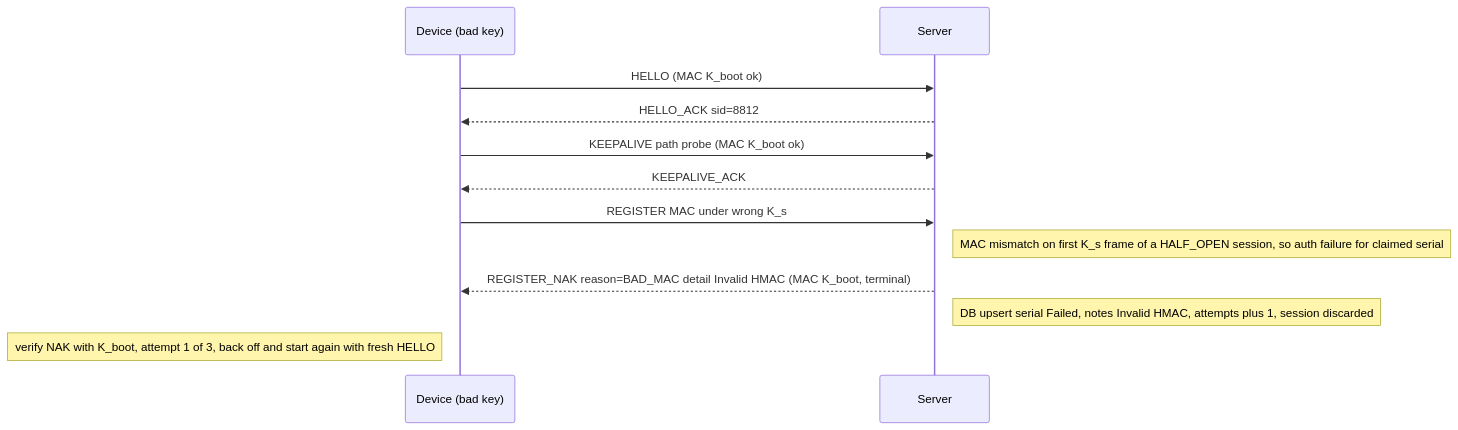
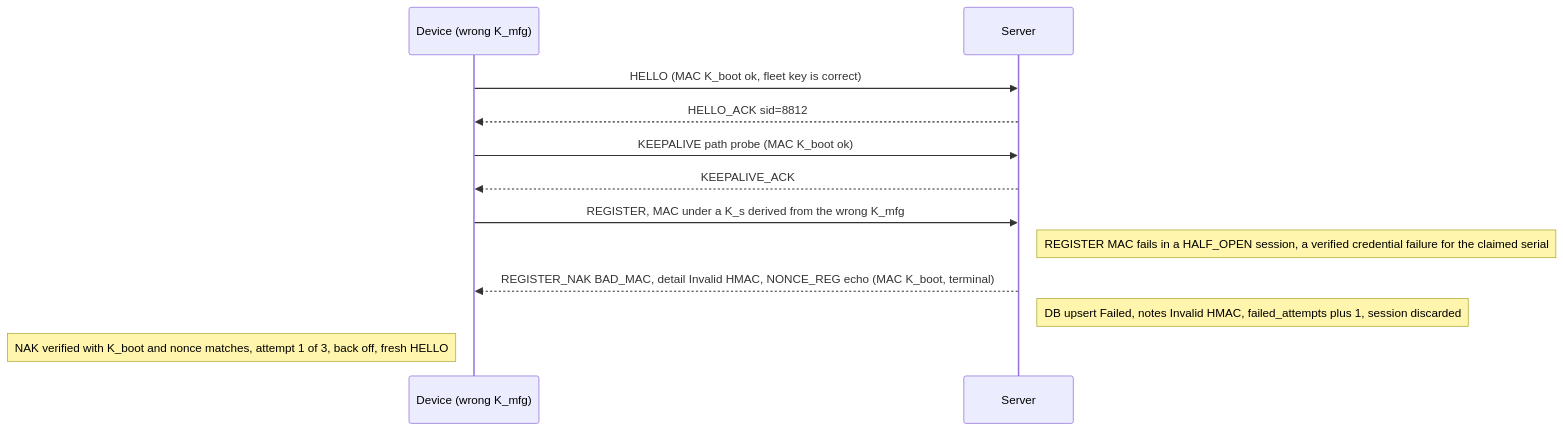
Diagram 13 of 23 in DESIGN.md (heysunilvk/ztp-project), drawn with Mermaid before and after one commit. The commit also changed other lines of this file and 2 other files, not shown here.

````diff
--- a/DESIGN.md
+++ b/DESIGN.md
@@ -981,14 +1163,14 @@
 ```mermaid
 sequenceDiagram
-    participant D as Device (bad key)
+    participant D as Device (wrong K_mfg)
     participant S as Server
-    D->>S: HELLO (MAC K_boot ok)
+    D->>S: HELLO (MAC K_boot ok, fleet key is correct)
     S-->>D: HELLO_ACK sid=8812
     D->>S: KEEPALIVE path probe (MAC K_boot ok)
     S-->>D: KEEPALIVE_ACK
-    D->>S: REGISTER MAC under wrong K_s
-    Note right of S: MAC mismatch on first K_s frame of a HALF_OPEN session, so auth failure for claimed serial
-    S-->>D: REGISTER_NAK reason=BAD_MAC detail Invalid HMAC (MAC K_boot, terminal)
-    Note right of S: DB upsert serial Failed, notes Invalid HMAC, attempts plus 1, session discarded
-    Note left of D: verify NAK with K_boot, attempt 1 of 3, back off and start again with fresh HELLO
+    D->>S: REGISTER, MAC under a K_s derived from the wrong K_mfg
+    Note right of S: REGISTER MAC fails in a HALF_OPEN session, a verified credential failure for the claimed serial
+    S-->>D: REGISTER_NAK BAD_MAC, detail Invalid HMAC, NONCE_REG echo (MAC K_boot, terminal)
+    Note right of S: DB upsert Failed, notes Invalid HMAC, failed_attempts plus 1, session discarded
+    Note left of D: NAK verified with K_boot and nonce matches, attempt 1 of 3, back off, fresh HELLO
 ```
````
